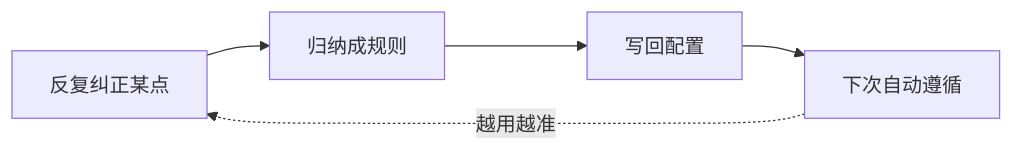
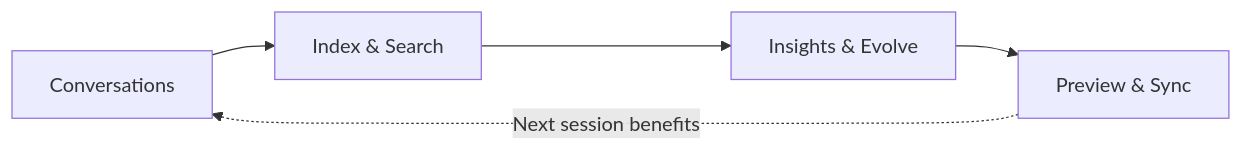
One commit to QuantaAlpha/Distill_Yourself changed the diagram in README.md. Above: the diagram before and after it, drawn with Mermaid. The commit also changed other lines of this file, not shown here.

````diff
--- a/README.md
+++ b/README.md
@@ -131,7 +142,7 @@
 ```mermaid
 flowchart LR
-    A[反复纠正某点] --> B[归纳成规则]
-    B --> C[写回配置]
-    C --> D[下次自动遵循]
-    D -.->|越用越准| A
+    A[Conversations] --> B[Index & Search]
+    B --> C[Insights & Evolve]
+    C --> D[Preview & Sync]
+    D -.->|Next session benefits| A
 ```
````
